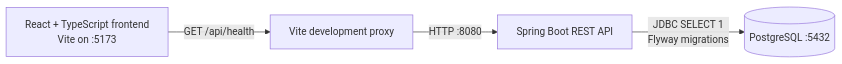
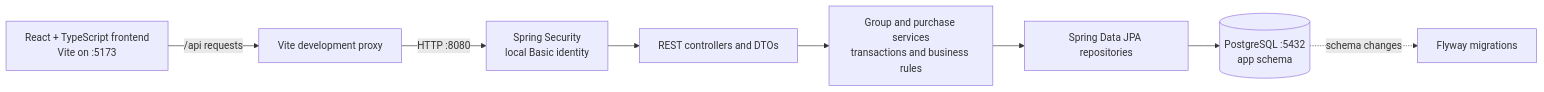
One commit to disnithaa/Paisa-Vasool changed the first of 2 diagrams in docs/architecture.md. Above: the diagram before and after it, drawn with Mermaid. The commit also changed other lines of this file and 35 other files, not shown here.

````diff
--- a/docs/architecture.md
+++ b/docs/architecture.md
@@ -3,6 +3,10 @@
 ```mermaid
 flowchart LR
-    Browser[React + TypeScript frontend\nVite on :5173] -->|GET /api/health| Proxy[Vite development proxy]
-    Proxy -->|HTTP :8080| API[Spring Boot REST API]
-    API -->|JDBC SELECT 1\nFlyway migrations| DB[(PostgreSQL :5432)]
+    Browser[React + TypeScript frontend\nVite on :5173] -->|/api requests| Proxy[Vite development proxy]
+    Proxy -->|HTTP :8080| Security[Spring Security\nlocal Basic identity]
+    Security --> API[REST controllers and DTOs]
+    API --> Services[Group and purchase services\ntransactions and business rules]
+    Services --> Repositories[Spring Data JPA repositories]
+    Repositories --> DB[(PostgreSQL :5432\napp schema)]
+    DB -. schema changes .-> Flyway[Flyway migrations]
 ```
````
